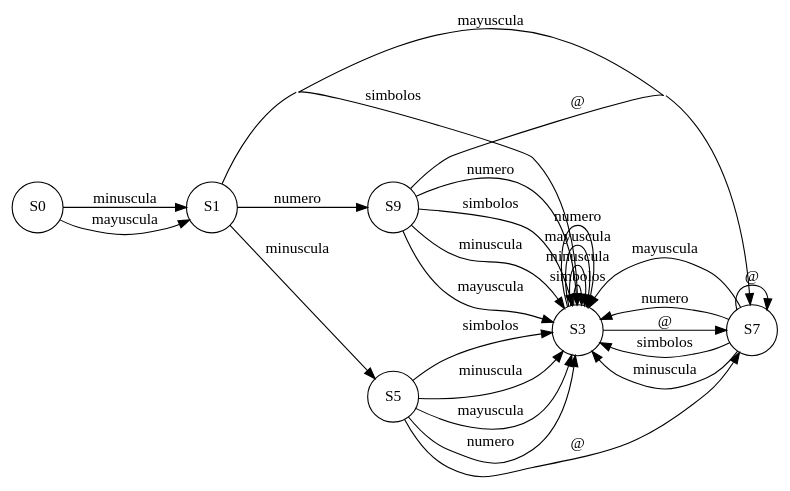
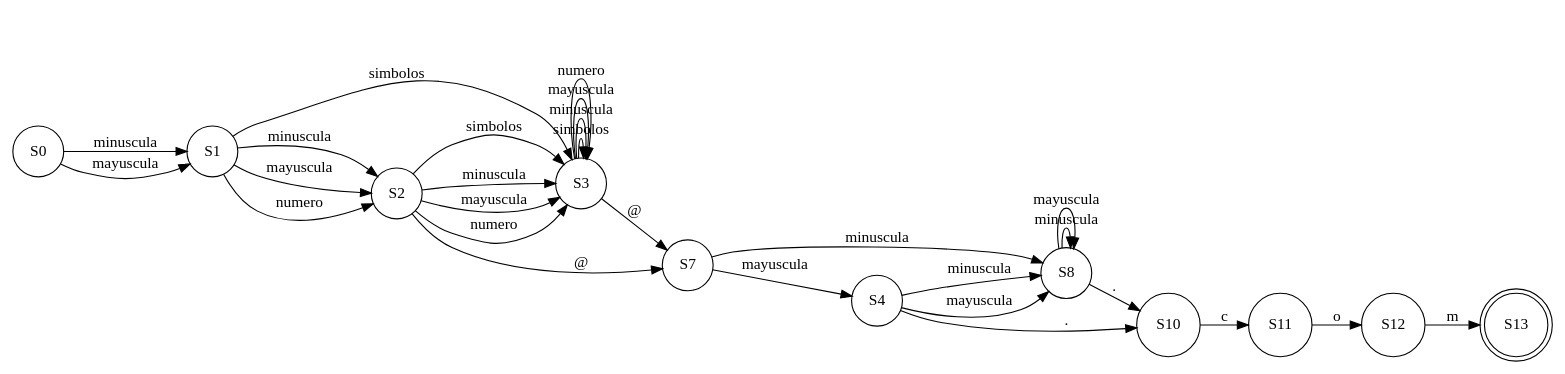
Before and after one commit to Racs0XD/-OLC1-Proyecto1_201603028: the diagram in Py1_201603028/build/classes/AFD_201603028/correoElectronico.dot, drawn with Graphviz. The commit also changed 13 other files, not shown here.

```diff
--- a/Py1_201603028/build/classes/AFD_201603028/correoElectronico.dot
+++ b/Py1_201603028/build/classes/AFD_201603028/correoElectronico.dot
@@ -1,121 +1,135 @@
 digraph G{
 rankdir=LR
 node[shape=circle]
 concentrate=true
 nodoS0[label="S0"];
 
 nodoS1[label="S1"];
 
 nodoS0->nodoS1[label="minuscula"];
 
 nodoS1[label="S1"];
 
 nodoS0->nodoS1[label="mayuscula"];
 
 nodoS1[label="S1"];
 
 nodoS3[label="S3"];
 
 nodoS1->nodoS3[label="simbolos"];
 
-nodoS5[label="S5"];
+nodoS2[label="S2"];
 
-nodoS1->nodoS5[label="minuscula"];
+nodoS1->nodoS2[label="minuscula"];
 
-nodoS7[label="S7"];
+nodoS2[label="S2"];
 
-nodoS1->nodoS7[label="mayuscula"];
+nodoS1->nodoS2[label="mayuscula"];
 
-nodoS9[label="S9"];
+nodoS2[label="S2"];
 
-nodoS1->nodoS9[label="numero"];
+nodoS1->nodoS2[label="numero"];
 
 nodoS3[label="S3"];
 
 nodoS3[label="S3"];
 
 nodoS3->nodoS3[label="simbolos"];
 
 nodoS3[label="S3"];
 
 nodoS3->nodoS3[label="minuscula"];
 
 nodoS3[label="S3"];
 
 nodoS3->nodoS3[label="mayuscula"];
 
 nodoS3[label="S3"];
 
 nodoS3->nodoS3[label="numero"];
 
 nodoS7[label="S7"];
 
 nodoS3->nodoS7[label="@"];
 
-nodoS5[label="S5"];
+nodoS2[label="S2"];
 
 nodoS3[label="S3"];
 
-nodoS5->nodoS3[label="simbolos"];
+nodoS2->nodoS3[label="simbolos"];
 
 nodoS3[label="S3"];
 
-nodoS5->nodoS3[label="minuscula"];
+nodoS2->nodoS3[label="minuscula"];
 
 nodoS3[label="S3"];
 
-nodoS5->nodoS3[label="mayuscula"];
+nodoS2->nodoS3[label="mayuscula"];
 
 nodoS3[label="S3"];
 
-nodoS5->nodoS3[label="numero"];
+nodoS2->nodoS3[label="numero"];
 
 nodoS7[label="S7"];
 
-nodoS5->nodoS7[label="@"];
+nodoS2->nodoS7[label="@"];
 
 nodoS7[label="S7"];
 
-nodoS3[label="S3"];
+nodoS8[label="S8"];
 
-nodoS7->nodoS3[label="simbolos"];
+nodoS7->nodoS8[label="minuscula"];
 
-nodoS3[label="S3"];
+nodoS4[label="S4"];
 
-nodoS7->nodoS3[label="minuscula"];
+nodoS7->nodoS4[label="mayuscula"];
 
-nodoS3[label="S3"];
+nodoS8[label="S8"];
 
-nodoS7->nodoS3[label="mayuscula"];
+nodoS8[label="S8"];
 
-nodoS3[label="S3"];
+nodoS8->nodoS8[label="minuscula"];
 
-nodoS7->nodoS3[label="numero"];
+nodoS8[label="S8"];
 
-nodoS7[label="S7"];
+nodoS8->nodoS8[label="mayuscula"];
 
-nodoS7->nodoS7[label="@"];
+nodoS10[label="S10"];
 
-nodoS9[label="S9"];
+nodoS8->nodoS10[label="."];
 
-nodoS3[label="S3"];
+nodoS4[label="S4"];
 
-nodoS9->nodoS3[label="simbolos"];
+nodoS8[label="S8"];
 
-nodoS3[label="S3"];
+nodoS4->nodoS8[label="minuscula"];
 
-nodoS9->nodoS3[label="minuscula"];
+nodoS8[label="S8"];
 
-nodoS3[label="S3"];
+nodoS4->nodoS8[label="mayuscula"];
 
-nodoS9->nodoS3[label="mayuscula"];
+nodoS10[label="S10"];
 
-nodoS3[label="S3"];
+nodoS4->nodoS10[label="."];
 
-nodoS9->nodoS3[label="numero"];
+nodoS10[label="S10"];
 
-nodoS7[label="S7"];
+nodoS11[label="S11"];
 
-nodoS9->nodoS7[label="@"];
+nodoS10->nodoS11[label="c"];
+
+nodoS11[label="S11"];
+
+nodoS12[label="S12"];
+
+nodoS11->nodoS12[label="o"];
+
+nodoS12[label="S12"];
+
+nodoS13[label="S13"];
+
+nodoS12->nodoS13[label="m"];
+
+nodoS13[label="S13"][shape=doublecircle];
 
 }
```
